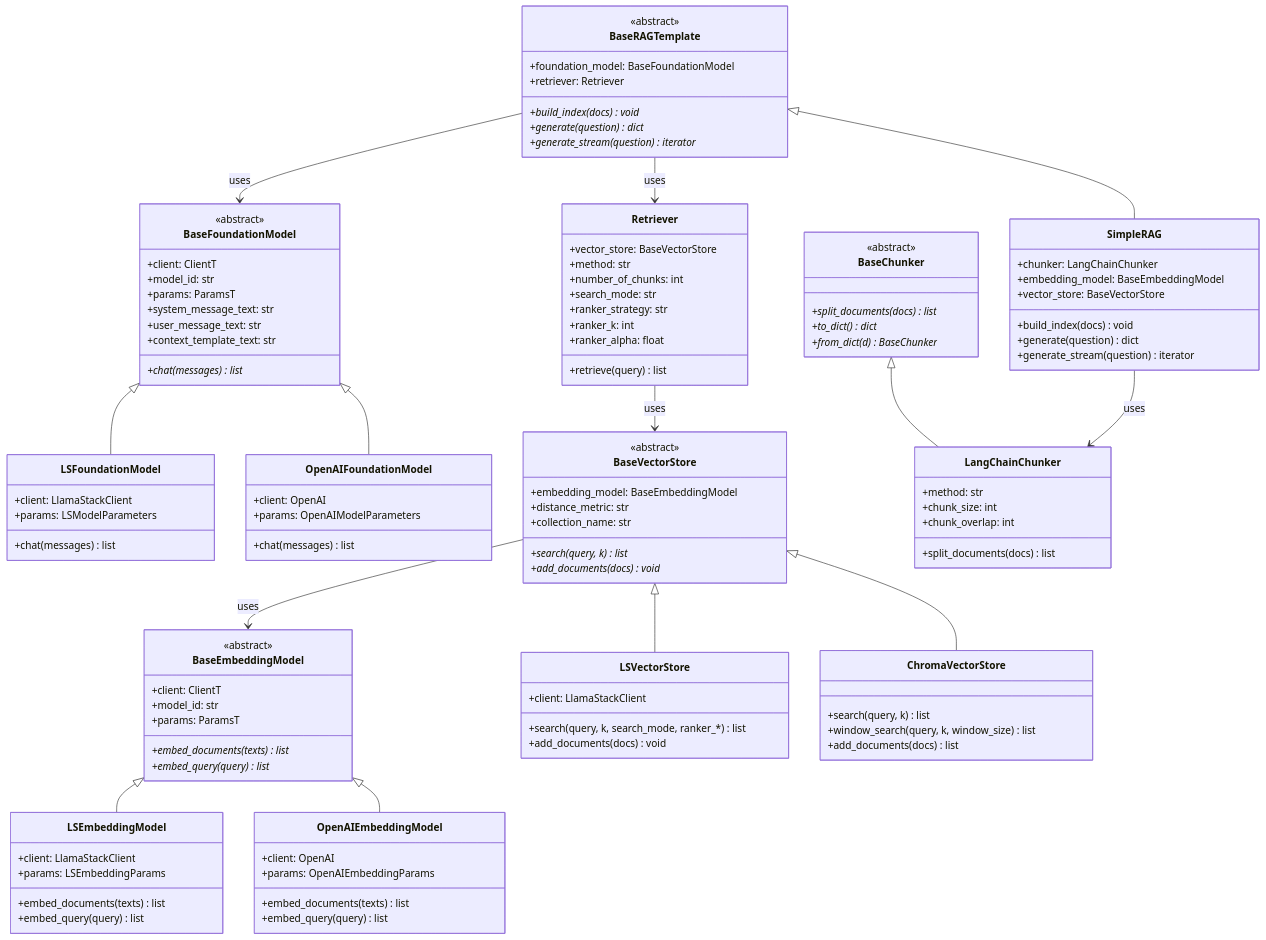
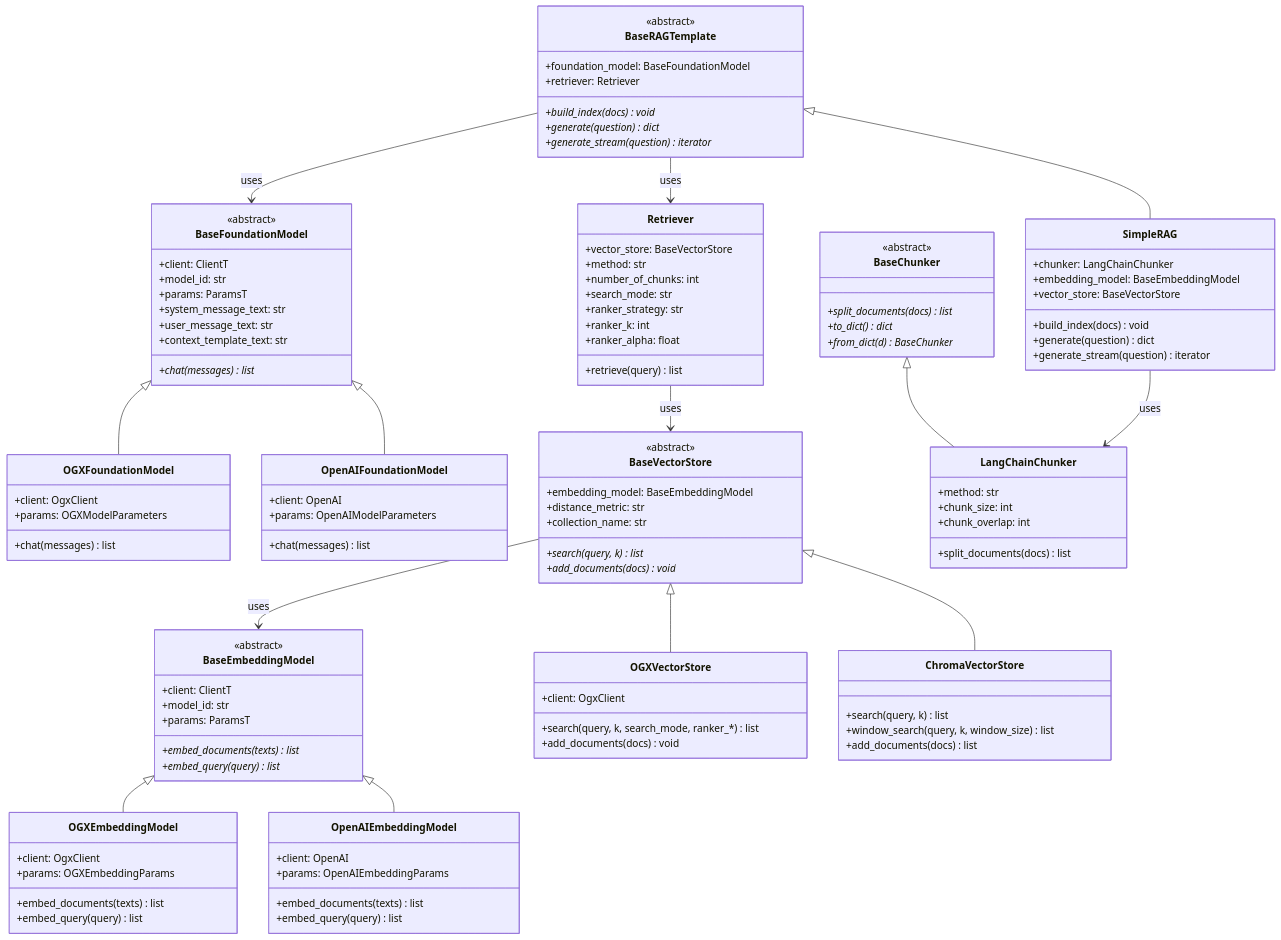
The diagram in docs/architecture/rag-components.md (IBM/ai4rag), drawn with Mermaid before and after one commit. The commit also changed other lines of this file and 51 other files, not shown here.

Commit message:
Change Llama Stack to OGX

```diff
--- a/docs/architecture/rag-components.md
+++ b/docs/architecture/rag-components.md
@@ -19,9 +19,9 @@
         +chat(messages)* list
     }
 
-    class LSFoundationModel {
-        +client: LlamaStackClient
-        +params: LSModelParameters
+    class OGXFoundationModel {
+        +client: OgxClient
+        +params: OGXModelParameters
         +chat(messages) list
     }
 
@@ -40,9 +40,9 @@
         +embed_query(query)* list
     }
 
-    class LSEmbeddingModel {
-        +client: LlamaStackClient
-        +params: LSEmbeddingParams
+    class OGXEmbeddingModel {
+        +client: OgxClient
+        +params: OGXEmbeddingParams
         +embed_documents(texts) list
         +embed_query(query) list
     }
@@ -63,8 +63,8 @@
         +add_documents(docs)* void
     }
 
-    class LSVectorStore {
-        +client: LlamaStackClient
+    class OGXVectorStore {
+        +client: OgxClient
         +search(query, k, search_mode, ranker_*) list
         +add_documents(docs) void
     }
@@ -118,11 +118,11 @@
         +generate_stream(question) iterator
     }
 
-    BaseFoundationModel <|-- LSFoundationModel
+    BaseFoundationModel <|-- OGXFoundationModel
     BaseFoundationModel <|-- OpenAIFoundationModel
-    BaseEmbeddingModel <|-- LSEmbeddingModel
+    BaseEmbeddingModel <|-- OGXEmbeddingModel
     BaseEmbeddingModel <|-- OpenAIEmbeddingModel
-    BaseVectorStore <|-- LSVectorStore
+    BaseVectorStore <|-- OGXVectorStore
     BaseVectorStore <|-- ChromaVectorStore
     BaseChunker <|-- LangChainChunker
     BaseRAGTemplate <|-- SimpleRAG
```
